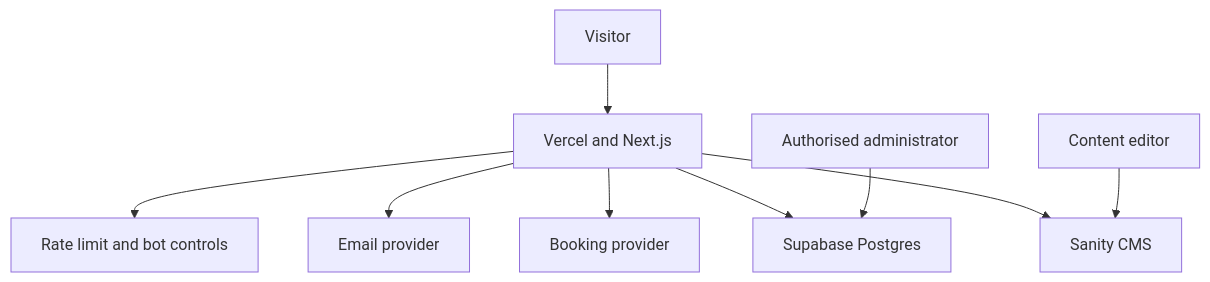
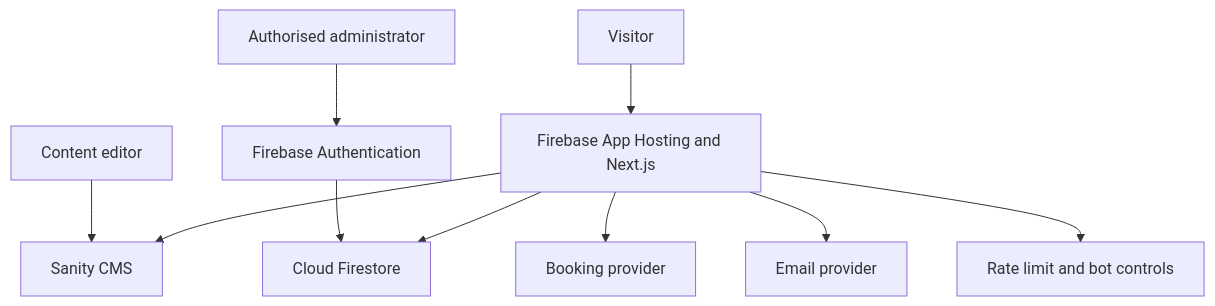
The first of 2 diagrams in docs/05-technical-design-document.md (tiekomedia-alt/tieko-media-platform), drawn with Mermaid before and after one commit. The commit also changed other lines of this file, not shown here.

Commit message:
docs: revise architecture around Firebase

````diff
--- a/docs/05-technical-design-document.md
+++ b/docs/05-technical-design-document.md
@@ -143,11 +145,12 @@
 ```mermaid
 flowchart TD
-    U["Visitor"] --> V["Vercel and Next.js"]
+    U["Visitor"] --> V["Firebase App Hosting and Next.js"]
     V --> S["Sanity CMS"]
-    V --> P["Supabase Postgres"]
+    V --> P["Cloud Firestore"]
     V --> B["Booking provider"]
     V --> E["Email provider"]
     V --> R["Rate limit and bot controls"]
     C["Content editor"] --> S
-    A["Authorised administrator"] --> P
+    A["Authorised administrator"] --> F["Firebase Authentication"]
+    F --> P
 ```
````
